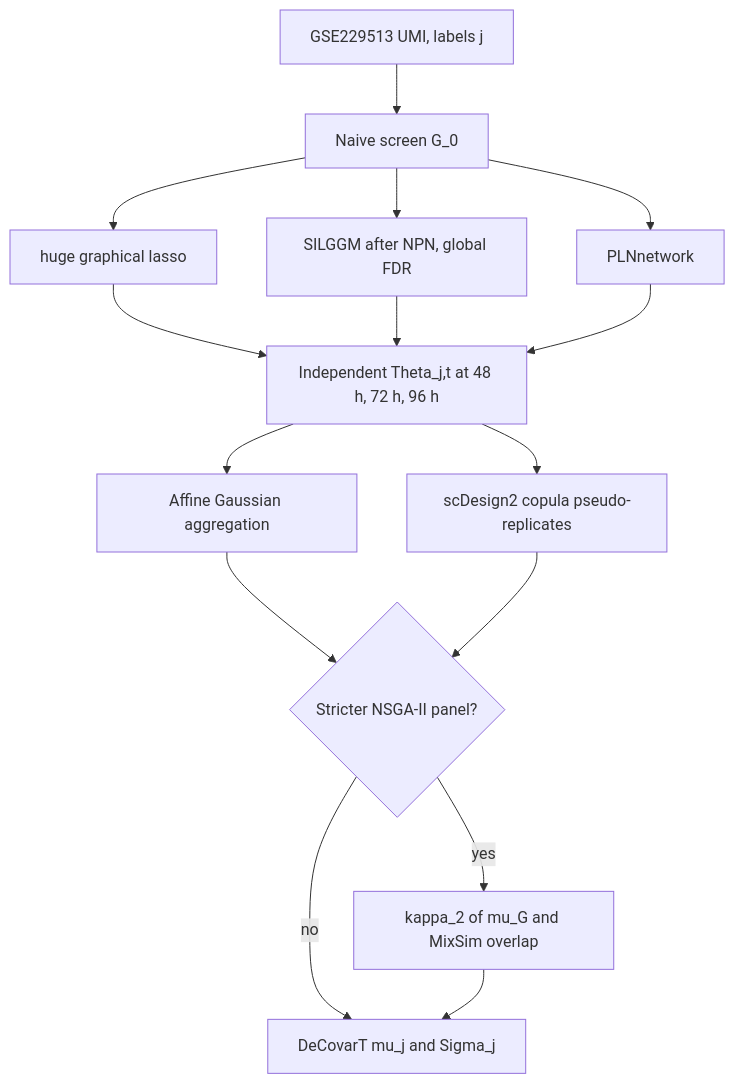
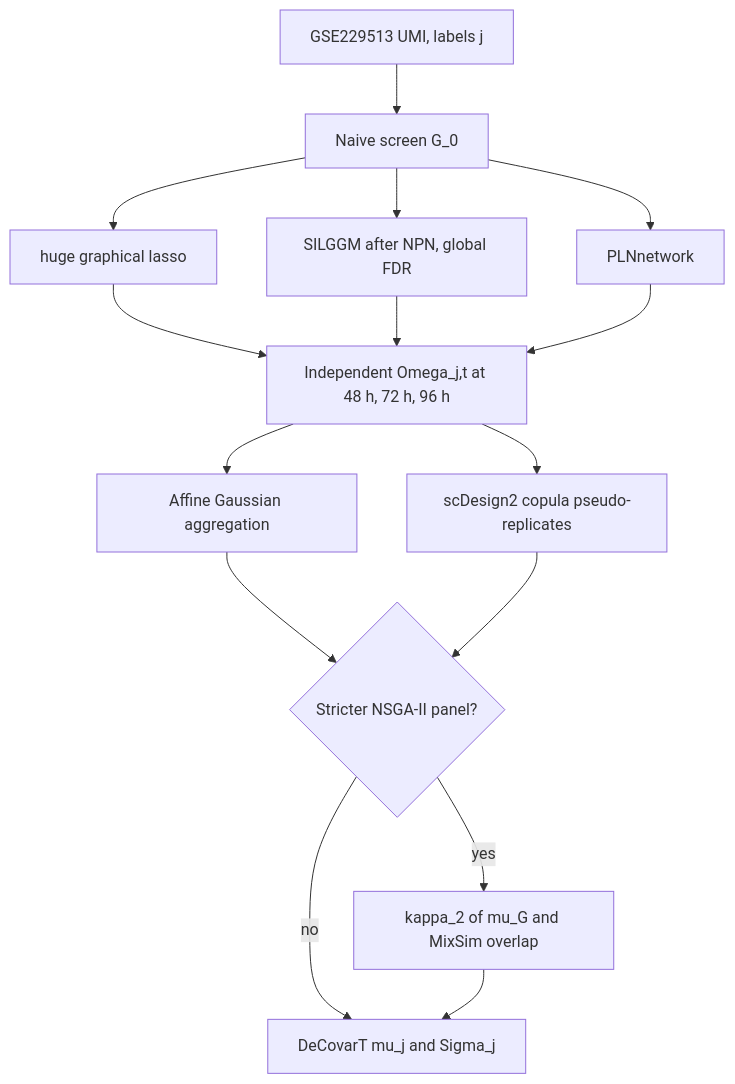
One commit to bastienchassagnol/DeCovarT_reproducibility changed the diagram in docs/index.qmd. Above: the diagram before and after it, drawn with Mermaid. The commit also changed other lines of this file and 17 other files, not shown here.

Commit message:
Update bibliography and Quarto configuration: add new references relevant to graphical models and RNA-seq analysis, enhance Quarto book settings with improved navigation and pseudocode support, and clarify terminology throughout the documentation.

````diff
--- a/docs/index.qmd
+++ b/docs/index.qmd
@@ -27,21 +27,21 @@
 ```{mermaid}
 %%| echo: false
 %%| label: fig-pipeline
 %%| fig-cap: "Design product: a naive gene screen, three precision estimators (huge, SILGGM with a nonparanormal map, PLNnetwork), two population lifts, then a yes/no choice of a stricter NSGA-II panel."
 %%{init: {"theme": "sandstone", "flowchart": {"htmlLabels": true}}}%%
 flowchart TD
   A["GSE229513 UMI, labels j"] --> B["Naive screen G_0"]
   B --> C1["huge graphical lasso"]
   B --> C2["SILGGM after NPN, global FDR"]
   B --> C3["PLNnetwork"]
-  C1 --> T["Independent Theta_j,t at 48 h, 72 h, 96 h"]
+  C1 --> T["Independent Omega_j,t at 48 h, 72 h, 96 h"]
   C2 --> T
   C3 --> T
   T --> L1["Affine Gaussian aggregation"]
   T --> L3["scDesign2 copula pseudo-replicates"]
   L1 --> Q{"Stricter NSGA-II panel?"}
   L3 --> Q
   Q -->|yes| P["kappa_2 of mu_G and MixSim overlap"]
   Q -->|no| D["DeCovarT mu_j and Sigma_j"]
   P --> D
 ```
````
